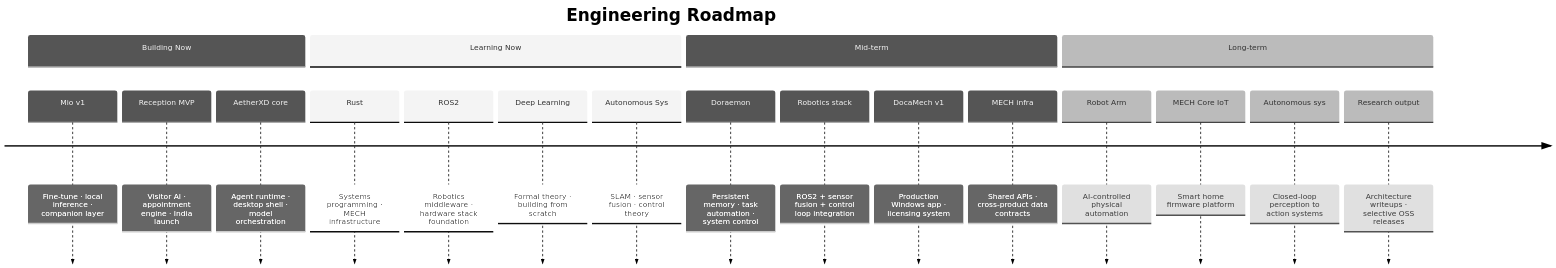
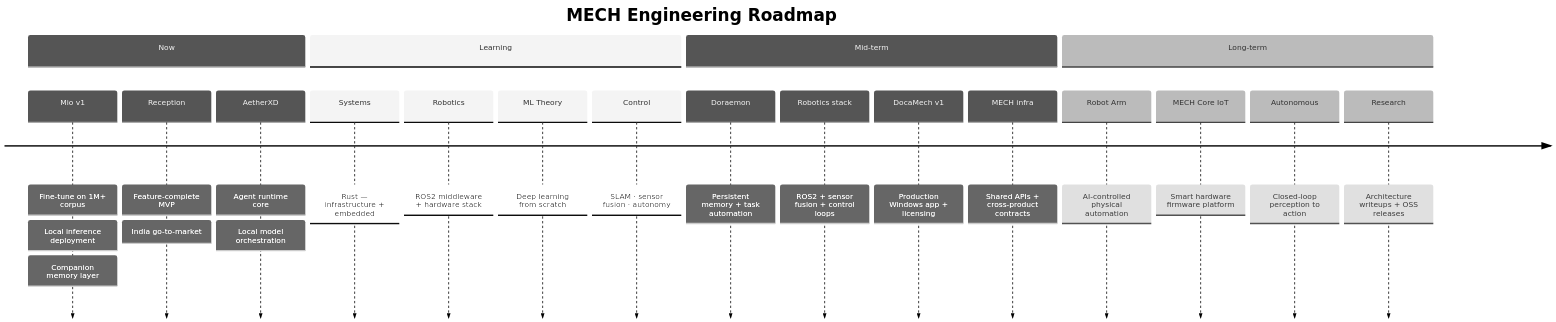
One commit to brovk2008/brovk2008 changed the diagram in README.md. Above: the diagram before and after it, drawn with Mermaid (neutral theme). The commit also changed other lines of this file, not shown here.

````diff
--- a/README.md
+++ b/README.md
@@ -284,23 +139,31 @@
 ```mermaid
 timeline
-    title Engineering Roadmap
-    section Building Now
-        Mio v1           : Fine-tune · local inference · companion layer
-        Reception MVP    : Visitor AI · appointment engine · India launch
-        AetherXD core    : Agent runtime · desktop shell · model orchestration
-    section Learning Now
-        Rust             : Systems programming · MECH infrastructure
-        ROS2             : Robotics middleware · hardware stack foundation
-        Deep Learning    : Formal theory · building from scratch
-        Autonomous Sys   : SLAM · sensor fusion · control theory
+    title MECH Engineering Roadmap
+
+    section Now
+        Mio v1        : Fine-tune on 1M+ corpus
+                      : Local inference deployment
+                      : Companion memory layer
+        Reception     : Feature-complete MVP
+                      : India go-to-market
+        AetherXD      : Agent runtime core
+                      : Local model orchestration
+
+    section Learning
+        Systems       : Rust — infrastructure + embedded
+        Robotics      : ROS2 middleware + hardware stack
+        ML Theory     : Deep learning from scratch
+        Control       : SLAM · sensor fusion · autonomy
+
     section Mid-term
-        Doraemon         : Persistent memory · task automation · system control
-        Robotics stack   : ROS2 + sensor fusion + control loop integration
-        DocaMech v1      : Production Windows app · licensing system
-        MECH infra       : Shared APIs · cross-product data contracts
+        Doraemon      : Persistent memory + task automation
+        Robotics stack: ROS2 + sensor fusion + control loops
+        DocaMech v1   : Production Windows app + licensing
+        MECH infra    : Shared APIs + cross-product contracts
+
     section Long-term
-        Robot Arm        : AI-controlled physical automation
-        MECH Core IoT    : Smart home firmware platform
-        Autonomous sys   : Closed-loop perception to action systems
-        Research output  : Architecture writeups · selective OSS releases
+        Robot Arm     : AI-controlled physical automation
+        MECH Core IoT : Smart hardware firmware platform
+        Autonomous    : Closed-loop perception to action
+        Research      : Architecture writeups + OSS releases
 ```
````
